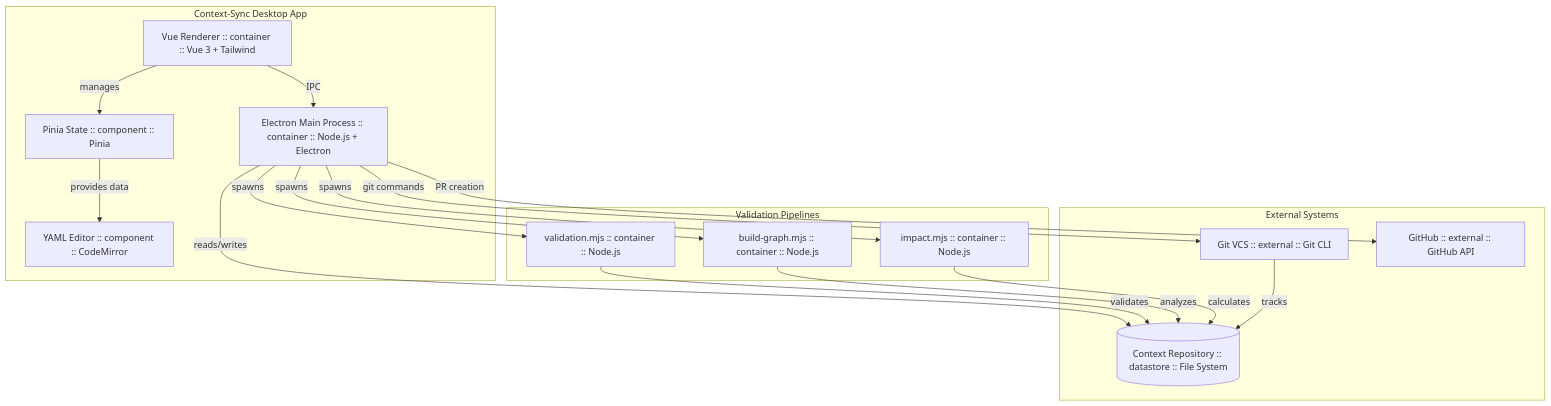
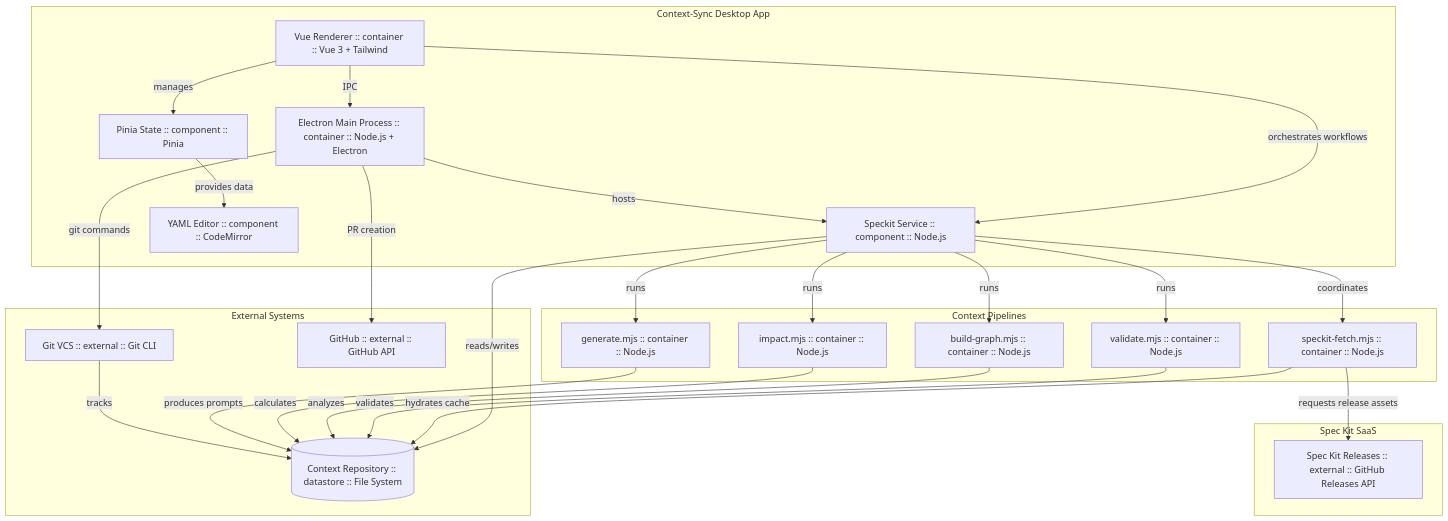
Before and after one commit to Lukeus/my-context-kit: the diagram in context-repo/c4/context-sync-mvp.md, drawn with Mermaid. The commit also changed other lines of this file and 66 other files, not shown here.

````diff
--- a/context-repo/c4/context-sync-mvp.md
+++ b/context-repo/c4/context-sync-mvp.md
@@ -5,36 +5,50 @@
 ```mermaid
 %% c4: system=Context-Sync, level=C2, feature=FEAT-001, specs=[SPEC-001]
 flowchart TB
   subgraph Desktop["Context-Sync Desktop App"]
     UI[Electron Main Process :: container :: Node.js + Electron]
+    SERVICE[Speckit Service :: component :: Node.js]
     RENDERER[Vue Renderer :: container :: Vue 3 + Tailwind]
     STORE[Pinia State :: component :: Pinia]
     EDITOR[YAML Editor :: component :: CodeMirror]
   end
   
   subgraph External["External Systems"]
     GIT[Git VCS :: external :: Git CLI]
     REPO[(Context Repository :: datastore :: File System)]
     GITHUB[GitHub :: external :: GitHub API]
   end
+
+  subgraph SpecKitSaaS["Spec Kit SaaS"]
+    SPECKIT[Spec Kit Releases :: external :: GitHub Releases API]
+  end
   
-  subgraph Pipelines["Validation Pipelines"]
-    VALIDATE[validation.mjs :: container :: Node.js]
+  subgraph Pipelines["Context Pipelines"]
+    FETCH[speckit-fetch.mjs :: container :: Node.js]
+    VALIDATE[validate.mjs :: container :: Node.js]
     GRAPH[build-graph.mjs :: container :: Node.js]
     IMPACT[impact.mjs :: container :: Node.js]
+    GENERATE[generate.mjs :: container :: Node.js]
   end
 
   RENDERER -->|IPC| UI
   RENDERER -->|manages| STORE
   STORE -->|provides data| EDITOR
-  UI -->|reads/writes| REPO
-  UI -->|spawns| VALIDATE
-  UI -->|spawns| GRAPH
-  UI -->|spawns| IMPACT
+  RENDERER -->|orchestrates workflows| SERVICE
+  UI -->|hosts| SERVICE
+  SERVICE -->|reads/writes| REPO
+  SERVICE -->|coordinates| FETCH
+  SERVICE -->|runs| VALIDATE
+  SERVICE -->|runs| GRAPH
+  SERVICE -->|runs| IMPACT
+  SERVICE -->|runs| GENERATE
+  FETCH -->|hydrates cache| REPO
+  FETCH -->|requests release assets| SPECKIT
   VALIDATE -->|validates| REPO
   GRAPH -->|analyzes| REPO
   IMPACT -->|calculates| REPO
+  GENERATE -->|produces prompts| REPO
   UI -->|git commands| GIT
   GIT -->|tracks| REPO
   UI -->|PR creation| GITHUB
 ```
````
